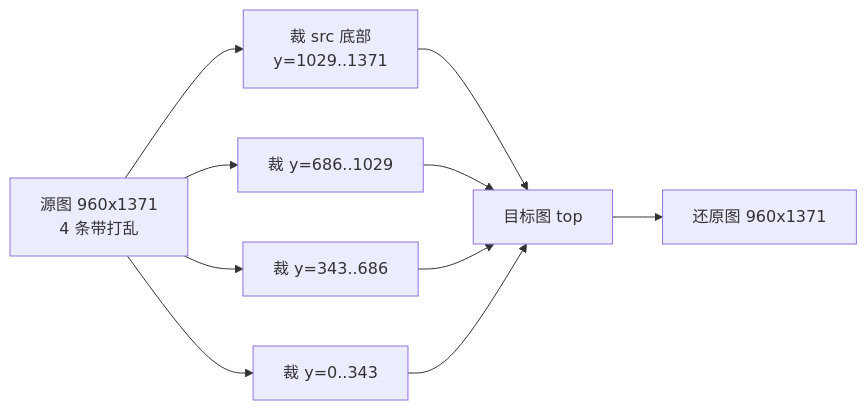
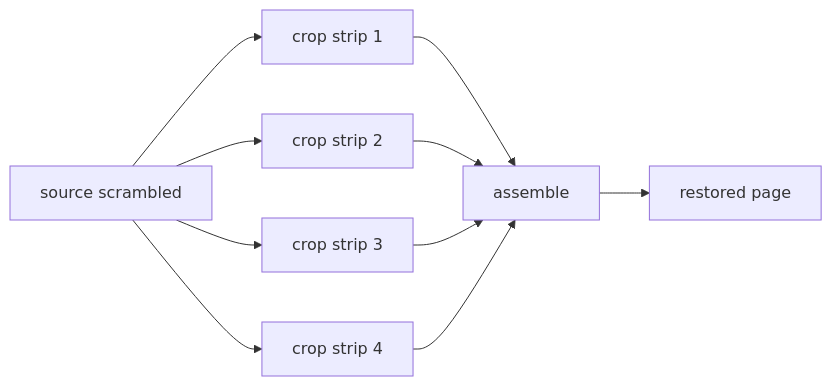
Before and after one commit to aDarkMaker/JMFM: the diagram in docs/architecture/transcode.md, drawn with Mermaid. The commit also changed 20 other files, not shown here.

Commit message:
docs: fix mermaid diagrams and tighten wiki copy

````diff
--- a/docs/architecture/transcode.md
+++ b/docs/architecture/transcode.md
@@ -40,12 +40,12 @@
 ```mermaid
 flowchart LR
-    src["源图 960x1371<br/>4 条带打乱"] --> c1["裁 src 底部<br/>y=1029..1371"]
-    src --> c2["裁 y=686..1029"]
-    src --> c3["裁 y=343..686"]
-    src --> c4["裁 y=0..343"]
-    c1 --> a["目标图 top"]
+    src[source scrambled] --> c1[crop strip 1]
+    src --> c2[crop strip 2]
+    src --> c3[crop strip 3]
+    src --> c4[crop strip 4]
+    c1 --> a[assemble]
     c2 --> a
     c3 --> a
     c4 --> a
-    a --> out["还原图 960x1371"]
+    a --> out[restored page]
 ```
````
